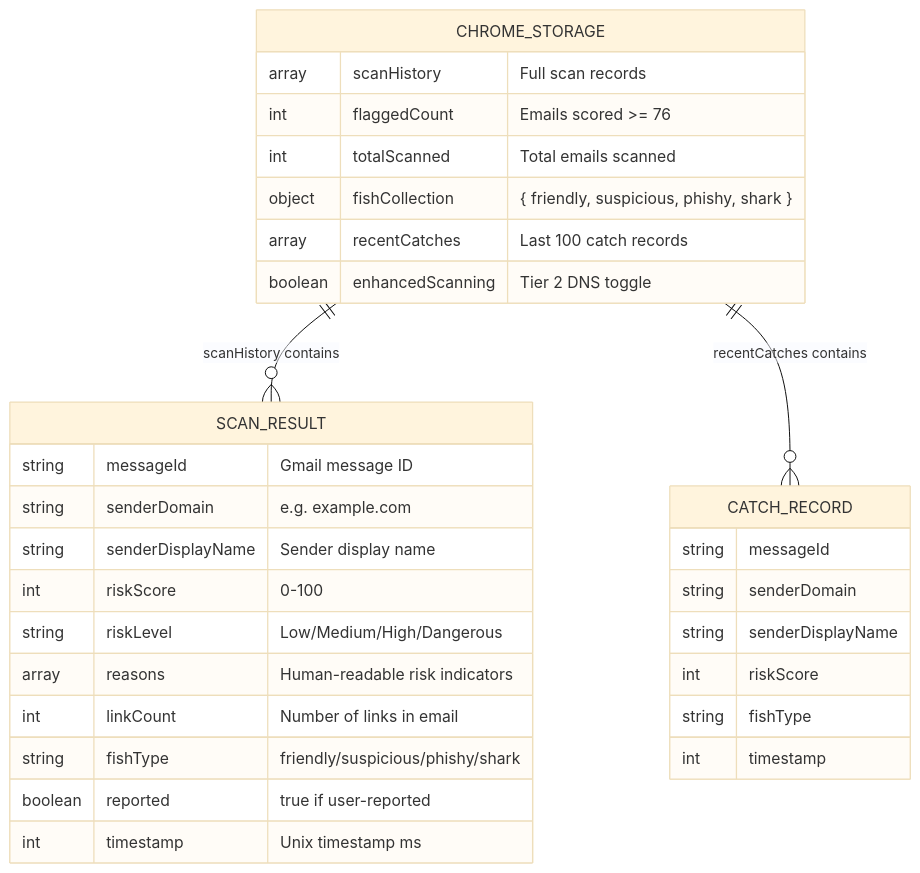
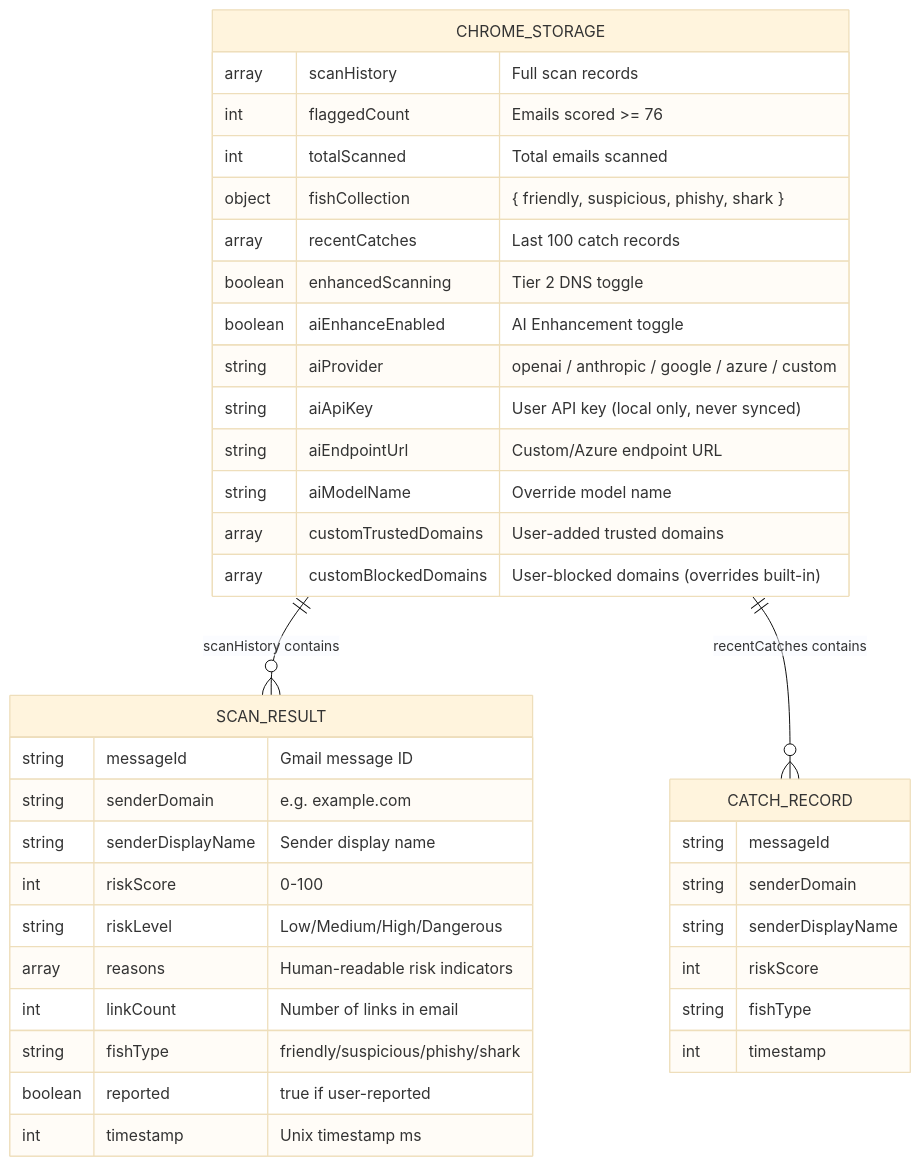
Before and after one commit to TyFarrington/GoPhishFree: the ninth of 10 diagrams in ARCHITECTURE.md, drawn with Mermaid (base theme). The commit also changed other lines of this file and 24 other files, not shown here.

Commit message:
Add unified ML model, AI enhancement (BYOK), trusted domains, and regenerated architecture assets

````diff
--- a/ARCHITECTURE.md
+++ b/ARCHITECTURE.md
@@ -385,36 +562,43 @@
 ```mermaid
 erDiagram
     CHROME_STORAGE {
         array scanHistory "Full scan records"
         int flaggedCount "Emails scored >= 76"
         int totalScanned "Total emails scanned"
         object fishCollection "{ friendly, suspicious, phishy, shark }"
         array recentCatches "Last 100 catch records"
         boolean enhancedScanning "Tier 2 DNS toggle"
+        boolean aiEnhanceEnabled "AI Enhancement toggle"
+        string aiProvider "openai / anthropic / google / azure / custom"
+        string aiApiKey "User API key (local only, never synced)"
+        string aiEndpointUrl "Custom/Azure endpoint URL"
+        string aiModelName "Override model name"
+        array customTrustedDomains "User-added trusted domains"
+        array customBlockedDomains "User-blocked domains (overrides built-in)"
     }
 
     SCAN_RESULT {
         string messageId "Gmail message ID"
         string senderDomain "e.g. example.com"
         string senderDisplayName "Sender display name"
         int riskScore "0-100"
         string riskLevel "Low/Medium/High/Dangerous"
         array reasons "Human-readable risk indicators"
         int linkCount "Number of links in email"
         string fishType "friendly/suspicious/phishy/shark"
         boolean reported "true if user-reported"
         int timestamp "Unix timestamp ms"
     }
 
     CATCH_RECORD {
         string messageId
         string senderDomain
         string senderDisplayName
         int riskScore
         string fishType
         int timestamp
     }
 
     CHROME_STORAGE ||--o{ SCAN_RESULT : "scanHistory contains"
     CHROME_STORAGE ||--o{ CATCH_RECORD : "recentCatches contains"
 ```
````
